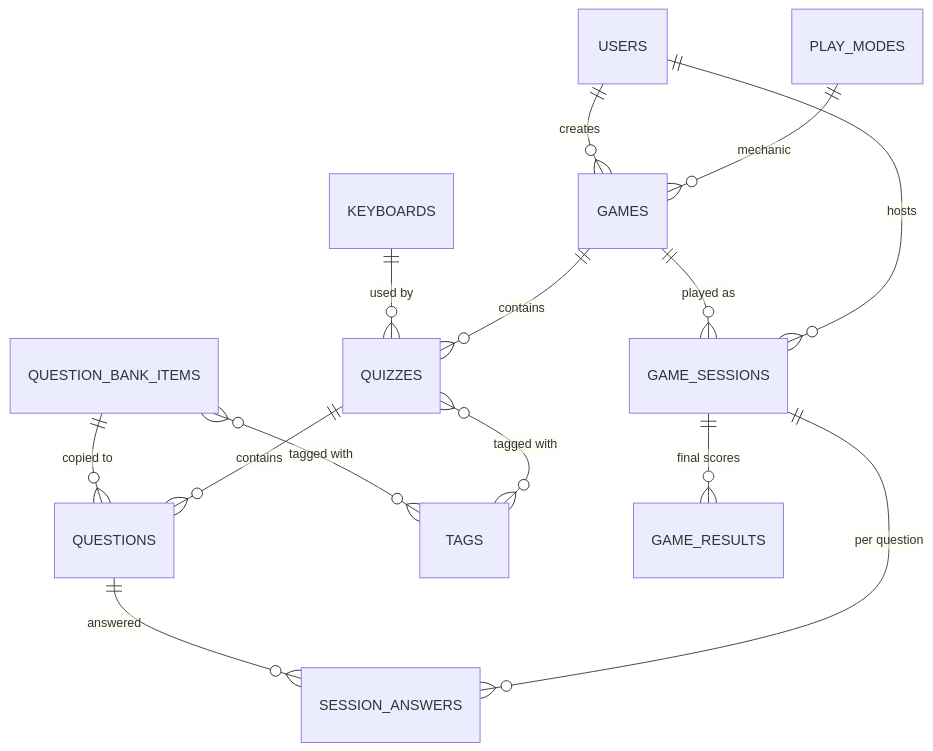
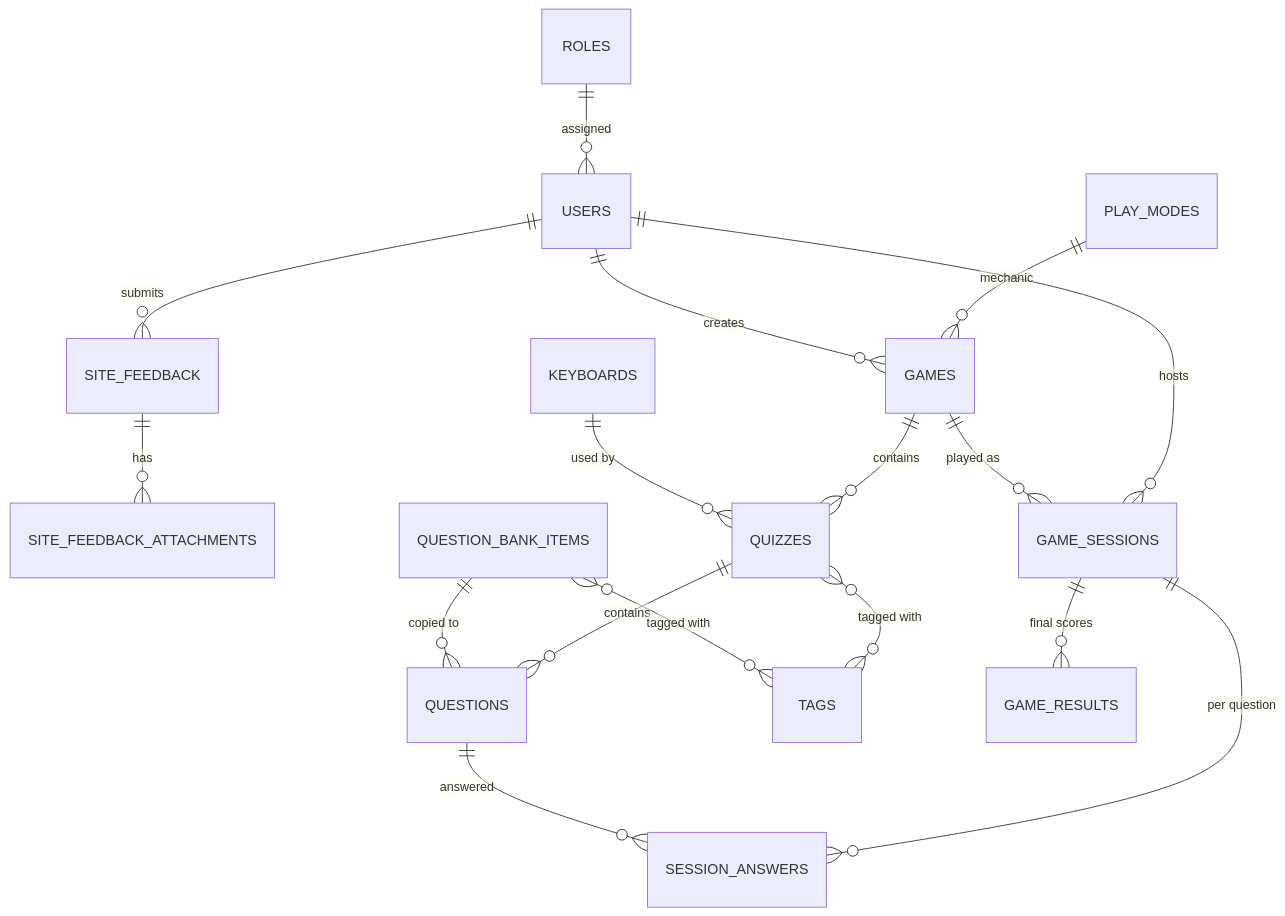
Before and after one commit to nghiadvt/thay-dat-chemistry-learning: the diagram in docs/DATA_MODEL.md, drawn with Mermaid. The commit also changed other lines of this file and 55 other files, not shown here.

````diff
--- a/docs/DATA_MODEL.md
+++ b/docs/DATA_MODEL.md
@@ -12,16 +12,19 @@
 ```mermaid
 erDiagram
+  ROLES ||--o{ USERS : "assigned"
+  USERS ||--o{ SITE_FEEDBACK : submits
+  SITE_FEEDBACK ||--o{ SITE_FEEDBACK_ATTACHMENTS : has
   PLAY_MODES ||--o{ GAMES : "mechanic"
   USERS ||--o{ GAMES : creates
   USERS ||--o{ GAME_SESSIONS : hosts
   GAMES ||--o{ QUIZZES : contains
   KEYBOARDS ||--o{ QUIZZES : "used by"
   QUIZZES ||--o{ QUESTIONS : contains
   QUIZZES }o--o{ TAGS : "tagged with"
   QUESTION_BANK_ITEMS }o--o{ TAGS : "tagged with"
   QUESTION_BANK_ITEMS ||--o{ QUESTIONS : "copied to"
   GAMES ||--o{ GAME_SESSIONS : "played as"
   GAME_SESSIONS ||--o{ GAME_RESULTS : "final scores"
   GAME_SESSIONS ||--o{ SESSION_ANSWERS : "per question"
   QUESTIONS ||--o{ SESSION_ANSWERS : answered
 ```
````
